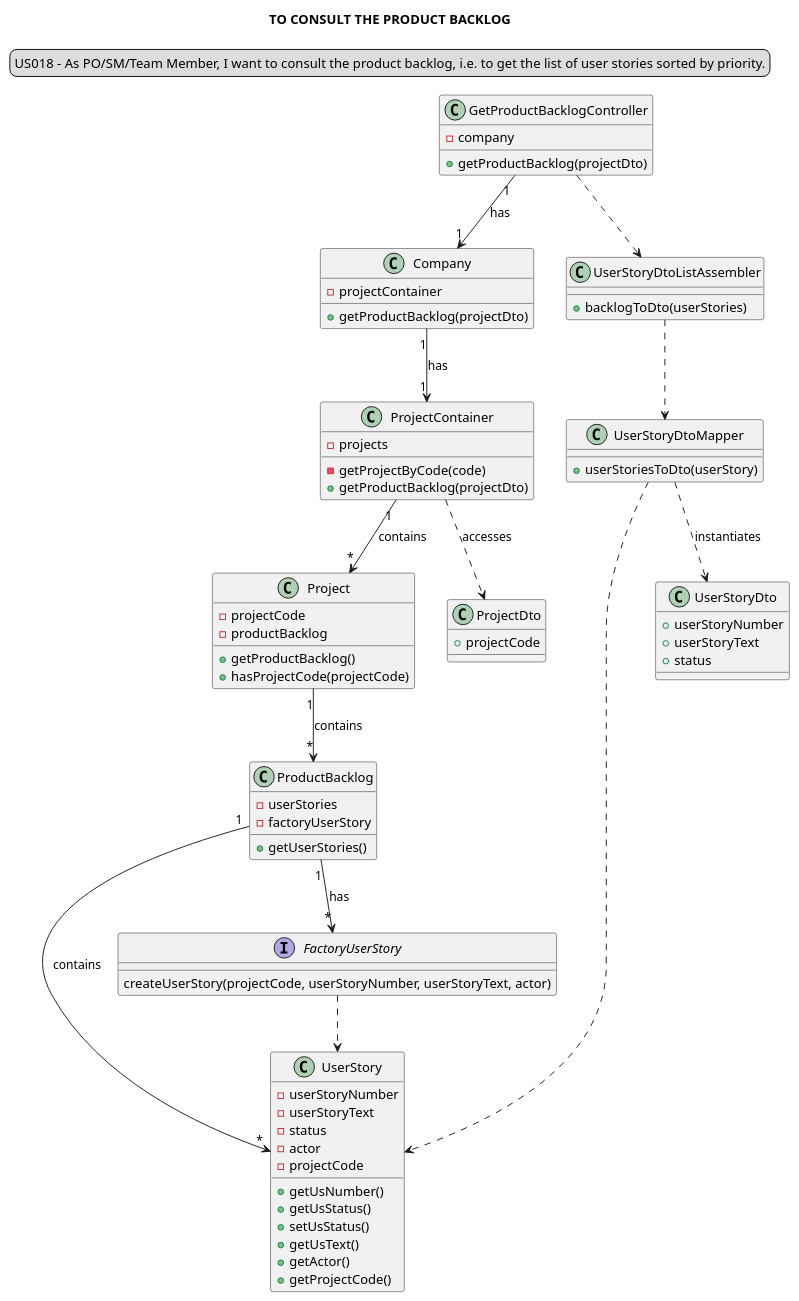
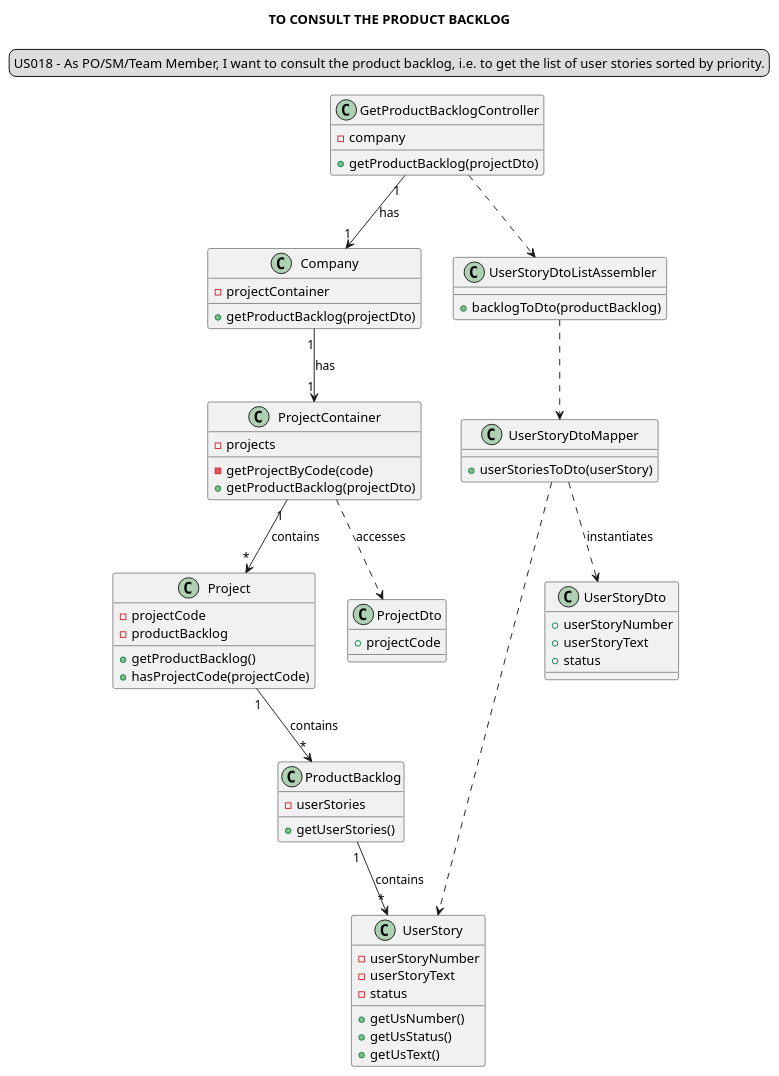
One commit to Loracline/project_switch_22-23 changed the diagram in docs/modelling_design/user_stories/sprint03/us018/US018_ClassDiagram.puml. Above: the diagram before and after it, drawn with PlantUML. The commit also changed 1 other file, not shown here.

```diff
--- a/docs/modelling_design/user_stories/sprint03/us018/US018_ClassDiagram.puml
+++ b/docs/modelling_design/user_stories/sprint03/us018/US018_ClassDiagram.puml
@@ -1,87 +1,77 @@
 @startuml
 'https://plantuml.com/class-diagram
 
 title TO CONSULT THE PRODUCT BACKLOG
 skinparam sequenceMessageAlign center
 legend top
 US018 - As PO/SM/Team Member, I want to consult the product backlog, i.e. to get the list of user stories sorted by priority.
 end legend
 
 class "GetProductBacklogController" {
 -company
 +getProductBacklog(projectDto)
 }
 
 class "Company"{
 -projectContainer
 +getProductBacklog(projectDto)
 }
 
 class "ProjectContainer"{
 -projects
 -getProjectByCode(code)
 +getProductBacklog(projectDto)
 }
 
 class "Project"{
 -projectCode
 -productBacklog
 +getProductBacklog()
 +hasProjectCode(projectCode)
 }
 
 class "ProductBacklog"{
 -userStories
--factoryUserStory
 +getUserStories()
 }
 
 class "UserStory"{
 -userStoryNumber
 -userStoryText
 -status
--actor
--projectCode
 +getUsNumber()
 +getUsStatus()
-+setUsStatus()
 +getUsText()
-+getActor()
-+getProjectCode()
 }
 
-interface "FactoryUserStory"{
-createUserStory(projectCode, userStoryNumber, userStoryText, actor)
-}
 
 class "UserStoryDtoListAssembler"{
-+backlogToDto(userStories)
++backlogToDto(productBacklog)
 }
 
 class "UserStoryDtoMapper"{
 +userStoriesToDto(userStory)
 }
 
 class "UserStoryDto"{
 +userStoryNumber
 +userStoryText
 +status
 }
 
 class "ProjectDto"{
 +projectCode
 }
 
 "GetProductBacklogController" "1"-->"1" "Company": has
 "GetProductBacklogController" ..> "UserStoryDtoListAssembler"
 "UserStoryDtoListAssembler" ..> "UserStoryDtoMapper"
 "UserStoryDtoMapper" ..> "UserStory"
 "Company" "1"-->"1" "ProjectContainer": has
 "ProjectContainer" "1"-->"*" Project: contains
 "ProjectContainer" ..> ProjectDto: accesses
 "Project" "1"-->"*" ProductBacklog: contains
 "ProductBacklog" "1"-->"*" UserStory: contains
-"ProductBacklog" "1"-->"*" FactoryUserStory: has
 "UserStoryDtoMapper" ..> "UserStoryDto": instantiates
-"FactoryUserStory" ..> UserStory
+
 @enduml
```
